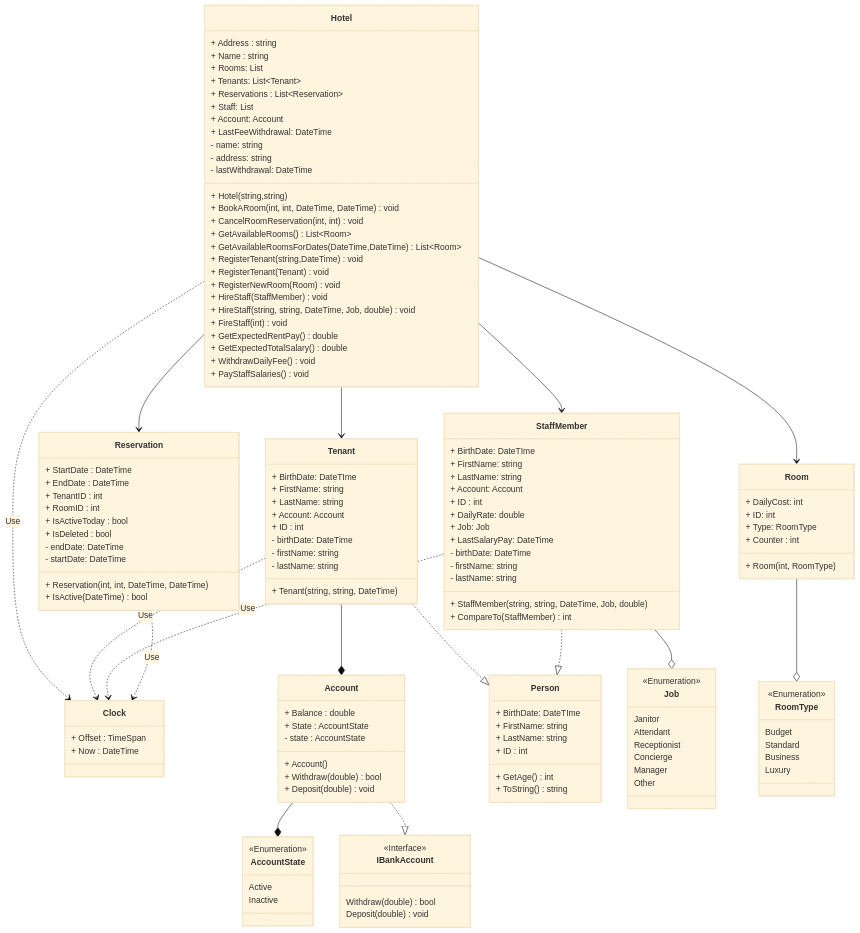
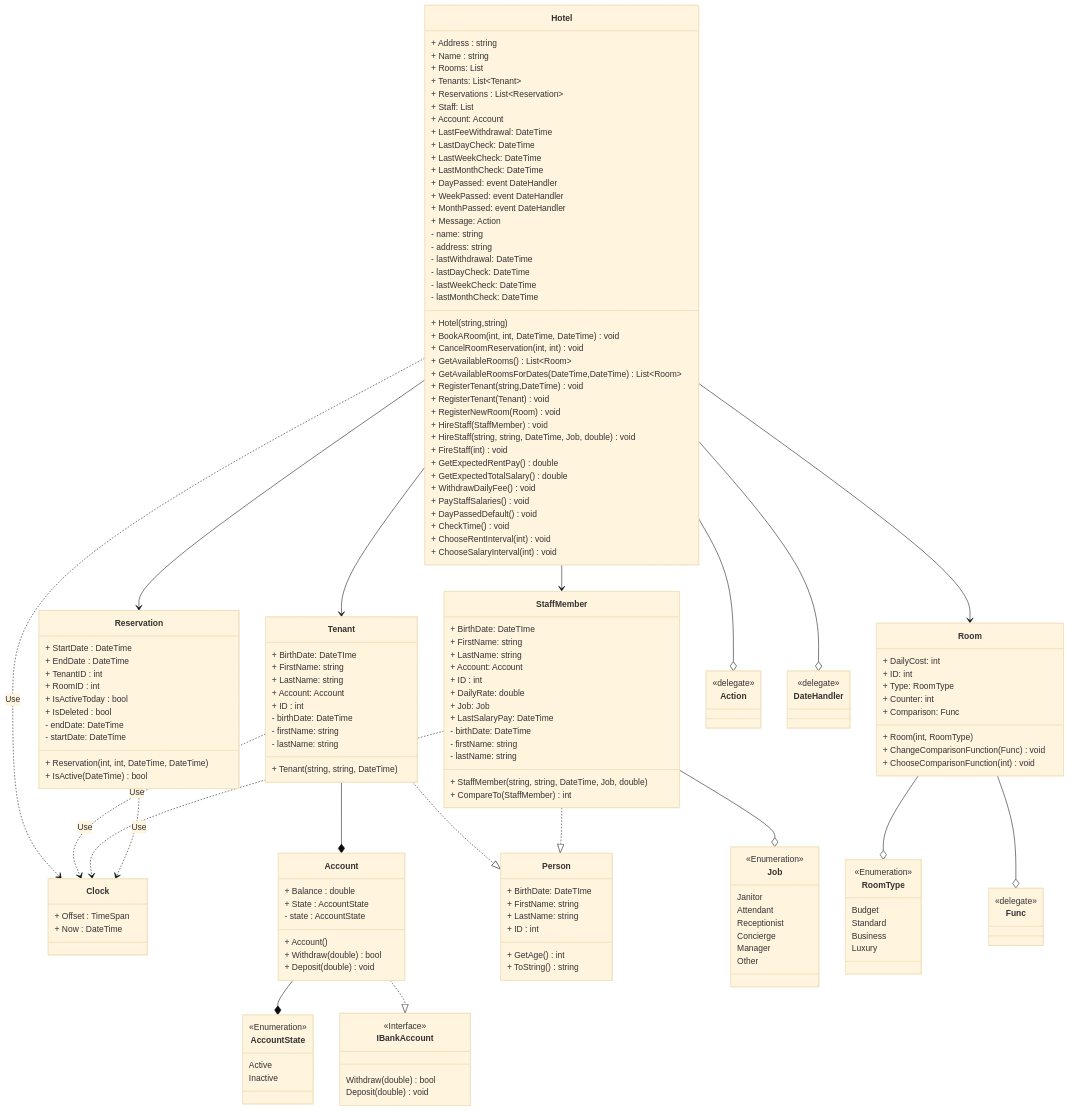
One commit to Zariams/OOP_Practice changed the second of 2 diagrams in README.md. Above: the diagram before and after it, drawn with Mermaid (base theme). The commit also changed other lines of this file, not shown here.

````diff
--- a/README.md
+++ b/README.md
@@ -51,6 +57,9 @@
 Account --* AccountState
 Account ..|> IBankAccount
 Room --o RoomType
+Room --o Func
+Hotel --o Action
+Hotel --o DateHandler
 
 <<Enumeration>> AccountState 
   AccountState: Active
@@ -98,9 +107,19 @@
 + Staff: List<StaffMember>
 + Account: Account
 + LastFeeWithdrawal: DateTime
++ LastDayCheck: DateTime
++ LastWeekCheck: DateTime
++ LastMonthCheck: DateTime
++ DayPassed: event DateHandler
++ WeekPassed: event DateHandler
++ MonthPassed: event DateHandler
++ Message: Action<string,string>
 - name: string
 - address: string
 - lastWithdrawal: DateTime
+- lastDayCheck: DateTime
+- lastWeekCheck: DateTime
+- lastMonthCheck: DateTime
 }
  Hotel: + Hotel(string,string)
  Hotel: + BookARoom(int, int, DateTime, DateTime) void
@@ -115,16 +134,23 @@
 Hotel: + FireStaff(int) void
 Hotel: + GetExpectedRentPay() double
 Hotel: + GetExpectedTotalSalary() double
- Hotel: + WithdrawDailyFee()  void
- Hotel: + PayStaffSalaries()  void
+Hotel: + WithdrawDailyFee()  void
+Hotel: + PayStaffSalaries()  void
+Hotel: + DayPassedDefault() void
+Hotel: + CheckTime() void
+Hotel: + ChooseRentInterval(int) void
+Hotel: + ChooseSalaryInterval(int) void
 
 class Room{
 + DailyCost: int
 + ID: int
 + Type: RoomType
-+ Counter : int
++ Counter: int
++ Comparison: Func<Room,Room,int>
 }
   Room: + Room(int, RoomType)
+ Room: + ChangeComparisonFunction(Func) void
+ Room: + ChooseComparisonFunction(int) void
 
 class Tenant{
 + BirthDate: DateTIme
@@ -170,4 +196,8 @@
  Account: + Account()
 Account: + Withdraw(double) bool
 Account: + Deposit(double) void
+
+<<delegate>> Action
+<<delegate>> DateHandler
+<<delegate>> Func
 ```
````
